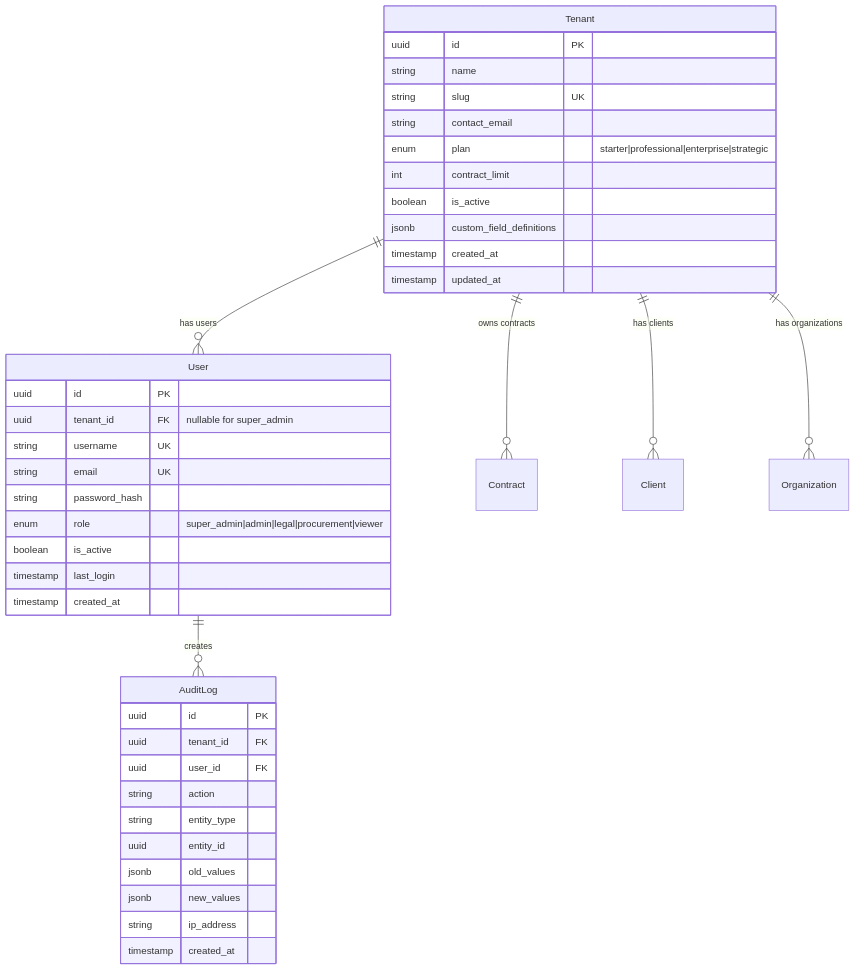
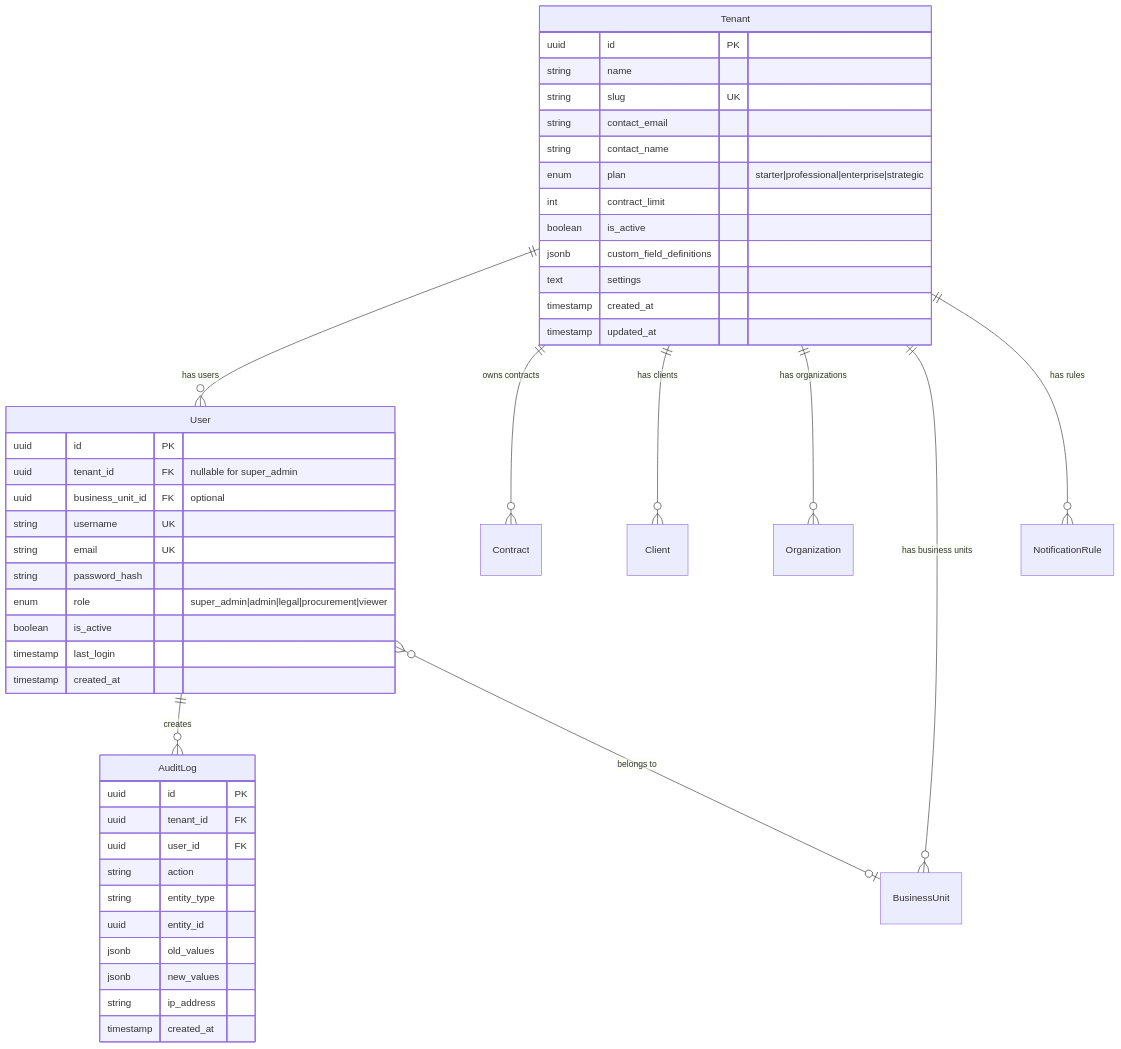
One commit to jjayarajdev/clm-evaluetor changed the first of 51 diagrams in docs/DATA_MODEL.md. Above: the diagram before and after it, drawn with Mermaid. The commit also changed other lines of this file and 19 other files, not shown here.

````diff
--- a/docs/DATA_MODEL.md
+++ b/docs/DATA_MODEL.md
@@ -26,46 +34,52 @@
 ```mermaid
 erDiagram
     Tenant ||--o{ User : "has users"
     Tenant ||--o{ Contract : "owns contracts"
     Tenant ||--o{ Client : "has clients"
     Tenant ||--o{ Organization : "has organizations"
+    Tenant ||--o{ BusinessUnit : "has business units"
+    Tenant ||--o{ NotificationRule : "has rules"
     User ||--o{ AuditLog : "creates"
+    User }o--o| BusinessUnit : "belongs to"
 
     Tenant {
         uuid id PK
         string name
         string slug UK
         string contact_email
+        string contact_name
         enum plan "starter|professional|enterprise|strategic"
         int contract_limit
         boolean is_active
         jsonb custom_field_definitions
+        text settings
         timestamp created_at
         timestamp updated_at
     }
 
     User {
         uuid id PK
         uuid tenant_id FK "nullable for super_admin"
+        uuid business_unit_id FK "optional"
         string username UK
         string email UK
         string password_hash
         enum role "super_admin|admin|legal|procurement|viewer"
         boolean is_active
         timestamp last_login
         timestamp created_at
     }
 
     AuditLog {
         uuid id PK
         uuid tenant_id FK
         uuid user_id FK
         string action
         string entity_type
         uuid entity_id
         jsonb old_values
         jsonb new_values
         string ip_address
         timestamp created_at
     }
 ```
````
